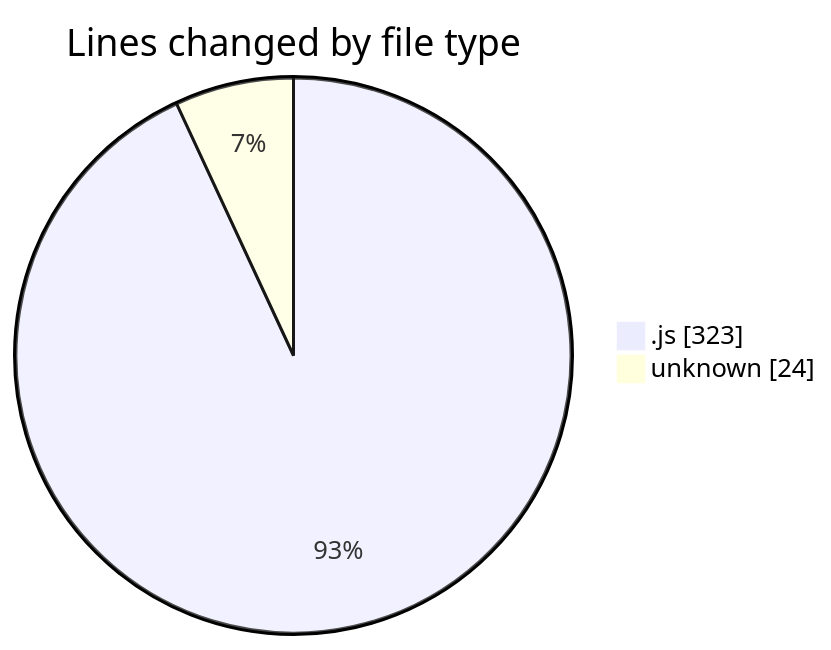
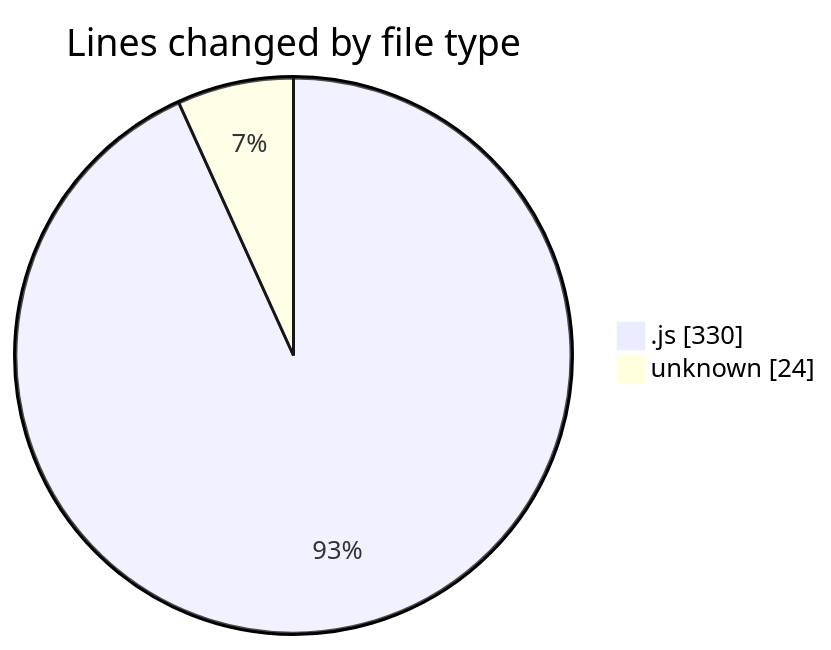
Before and after one commit to momahboobian/code-tracking: the first of 2 diagrams in 2025-02-05/cda/README.md, drawn with Mermaid. The commit also changed other lines of this file and 1 other file, not shown here.

````diff
--- a/2025-02-05/cda/README.md
+++ b/2025-02-05/cda/README.md
@@ -27,6 +27,6 @@
 ```mermaid
 pie showData
 title Lines changed by file type
-".js" : 323
+".js" : 330
 "unknown" : 24
 ```
````
